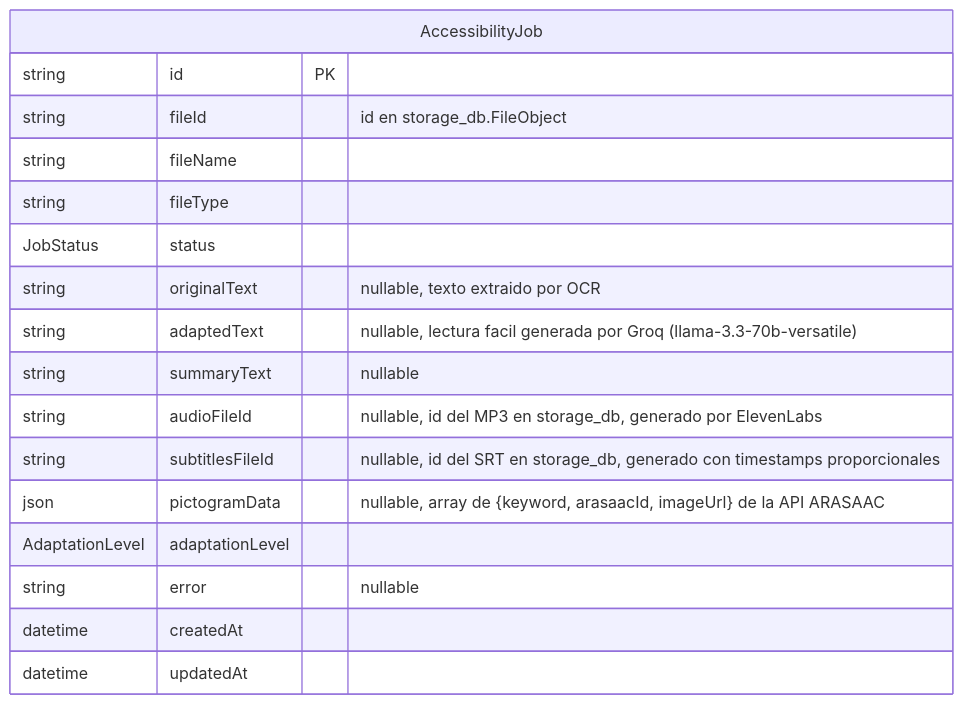
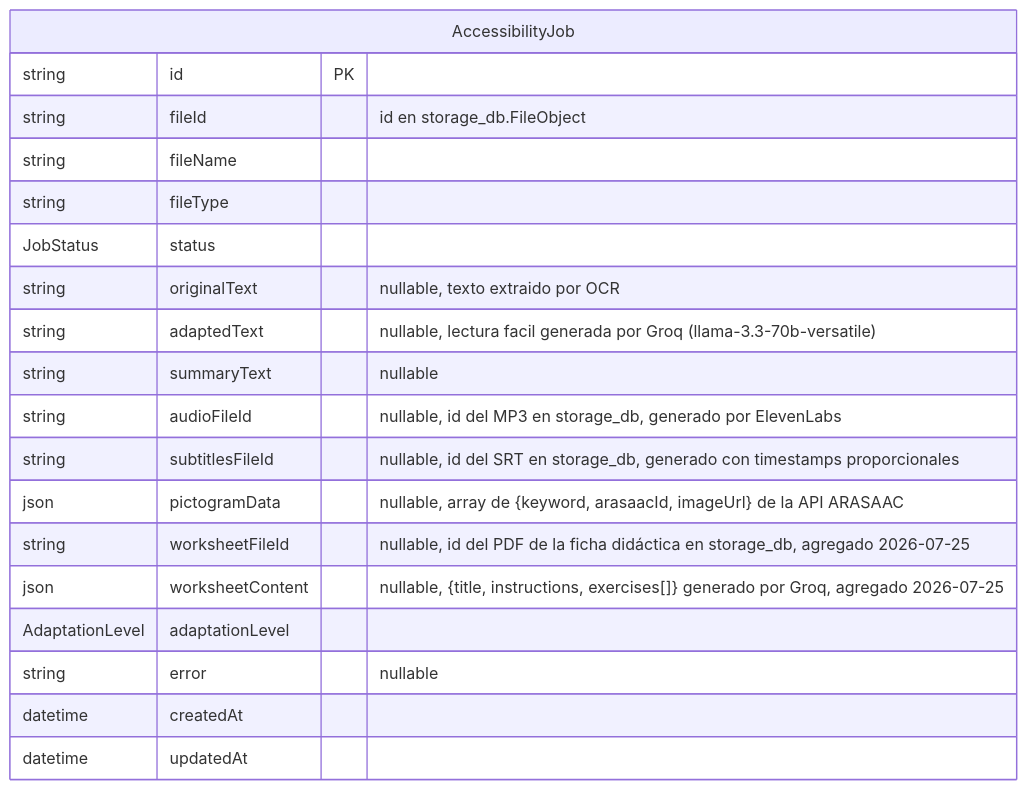
The eighth of 9 diagrams in docs/DATABASE.md (V-Yeimi19/Hackaton-MINEDU-Backend), drawn with Mermaid before and after one commit. The commit also changed other lines of this file and 28 other files, not shown here.

````diff
--- a/docs/DATABASE.md
+++ b/docs/DATABASE.md
@@ -204,20 +215,22 @@
 ```mermaid
 erDiagram
     AccessibilityJob {
         string id PK
         string fileId "id en storage_db.FileObject"
         string fileName
         string fileType
         JobStatus status
         string originalText "nullable, texto extraido por OCR"
         string adaptedText "nullable, lectura facil generada por Groq (llama-3.3-70b-versatile)"
         string summaryText "nullable"
         string audioFileId "nullable, id del MP3 en storage_db, generado por ElevenLabs"
         string subtitlesFileId "nullable, id del SRT en storage_db, generado con timestamps proporcionales"
         json pictogramData "nullable, array de {keyword, arasaacId, imageUrl} de la API ARASAAC"
+        string worksheetFileId "nullable, id del PDF de la ficha didáctica en storage_db, agregado 2026-07-25"
+        json worksheetContent "nullable, {title, instructions, exercises[]} generado por Groq, agregado 2026-07-25"
         AdaptationLevel adaptationLevel
         string error "nullable"
         datetime createdAt
         datetime updatedAt
     }
 ```
````
